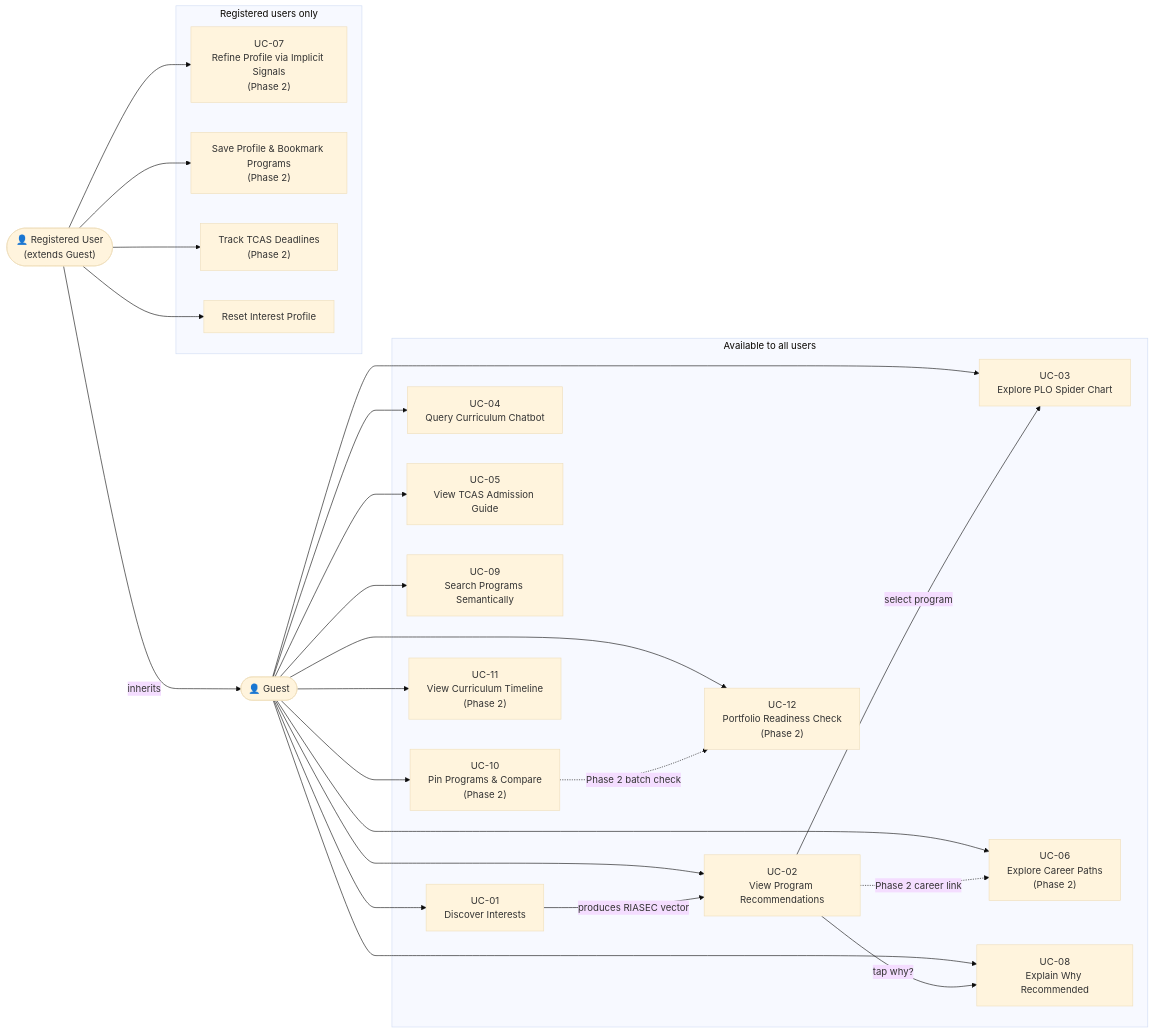
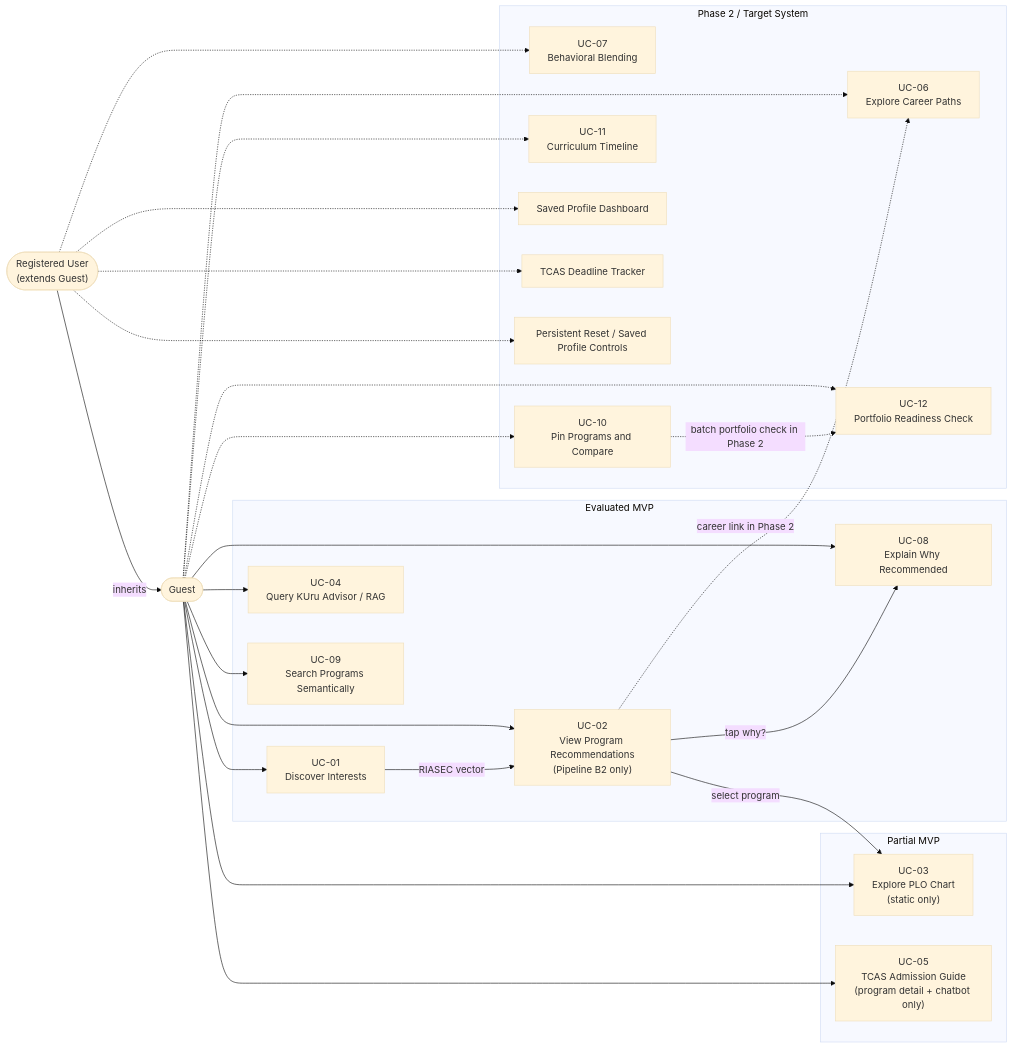
The second of 7 diagrams in DIAGRAMS.md (tarothanawat/SRS-KUru), drawn with Mermaid (base theme) before and after one commit. The commit also changed other lines of this file and 12 other files, not shown here.

First line of the commit message:
Refine software architecture documentation and update evaluation metrics

````diff
--- a/DIAGRAMS.md
+++ b/DIAGRAMS.md
@@ -76,50 +91,53 @@
 ```mermaid
 flowchart LR
-    GUEST(["👤 Guest"])
-    RUSER(["👤 Registered User<br/>(extends Guest)"])
+    GUEST(["Guest"])
+    RUSER(["Registered User<br/>(extends Guest)"])
 
-    subgraph GUEST_UC["Available to all users"]
+    subgraph MVP_UC["Evaluated MVP"]
         UC01["UC-01<br/>Discover Interests"]
-        UC02["UC-02<br/>View Program Recommendations"]
-        UC03["UC-03<br/>Explore PLO Spider Chart"]
-        UC04["UC-04<br/>Query Curriculum Chatbot"]
-        UC05["UC-05<br/>View TCAS Admission Guide"]
-        UC06["UC-06<br/>Explore Career Paths<br/>(Phase 2)"]
+        UC02["UC-02<br/>View Program Recommendations<br/>(Pipeline B2 only)"]
+        UC04["UC-04<br/>Query KUru Advisor / RAG"]
         UC08["UC-08<br/>Explain Why Recommended"]
         UC09["UC-09<br/>Search Programs Semantically"]
-        UC10["UC-10<br/>Pin Programs & Compare<br/>(Phase 2)"]
-        UC11["UC-11<br/>View Curriculum Timeline<br/>(Phase 2)"]
-        UC12["UC-12<br/>Portfolio Readiness Check<br/>(Phase 2)"]
     end
 
-    subgraph REG_UC["Registered users only"]
-        UC07["UC-07<br/>Refine Profile via Implicit Signals<br/>(Phase 2)"]
-        DASH["Save Profile & Bookmark Programs<br/>(Phase 2)"]
-        TRACK["Track TCAS Deadlines<br/>(Phase 2)"]
-        RESET["Reset Interest Profile"]
+    subgraph PARTIAL_UC["Partial MVP"]
+        UC03["UC-03<br/>Explore PLO Chart<br/>(static only)"]
+        UC05["UC-05<br/>TCAS Admission Guide<br/>(program detail + chatbot only)"]
+    end
+
+    subgraph PHASE2_UC["Phase 2 / Target System"]
+        UC06["UC-06<br/>Explore Career Paths"]
+        UC07["UC-07<br/>Behavioral Blending"]
+        UC10["UC-10<br/>Pin Programs and Compare"]
+        UC11["UC-11<br/>Curriculum Timeline"]
+        UC12["UC-12<br/>Portfolio Readiness Check"]
+        DASH["Saved Profile Dashboard"]
+        TRACK["TCAS Deadline Tracker"]
+        RESET["Persistent Reset / Saved Profile Controls"]
     end
 
     GUEST --> UC01
     GUEST --> UC02
     GUEST --> UC03
     GUEST --> UC04
     GUEST --> UC05
-    GUEST --> UC06
     GUEST --> UC08
     GUEST --> UC09
-    GUEST --> UC10
-    GUEST --> UC11
-    GUEST --> UC12
+    GUEST -.-> UC06
+    GUEST -.-> UC10
+    GUEST -.-> UC11
+    GUEST -.-> UC12
 
-    RUSER -->|inherits| GUEST
-    RUSER --> UC07
-    RUSER --> DASH
-    RUSER --> TRACK
-    RUSER --> RESET
+    RUSER -->|"inherits"| GUEST
+    RUSER -.-> UC07
+    RUSER -.-> DASH
+    RUSER -.-> TRACK
+    RUSER -.-> RESET
 
-    UC01 -->|"produces RIASEC vector"| UC02
+    UC01 -->|"RIASEC vector"| UC02
     UC02 -->|"select program"| UC03
-    UC02 -.->|"Phase 2 career link"| UC06
     UC02 -->|"tap why?"| UC08
-    UC10 -.->|"Phase 2 batch check"| UC12
+    UC02 -.->|"career link in Phase 2"| UC06
+    UC10 -.->|"batch portfolio check in Phase 2"| UC12
 ```
````
